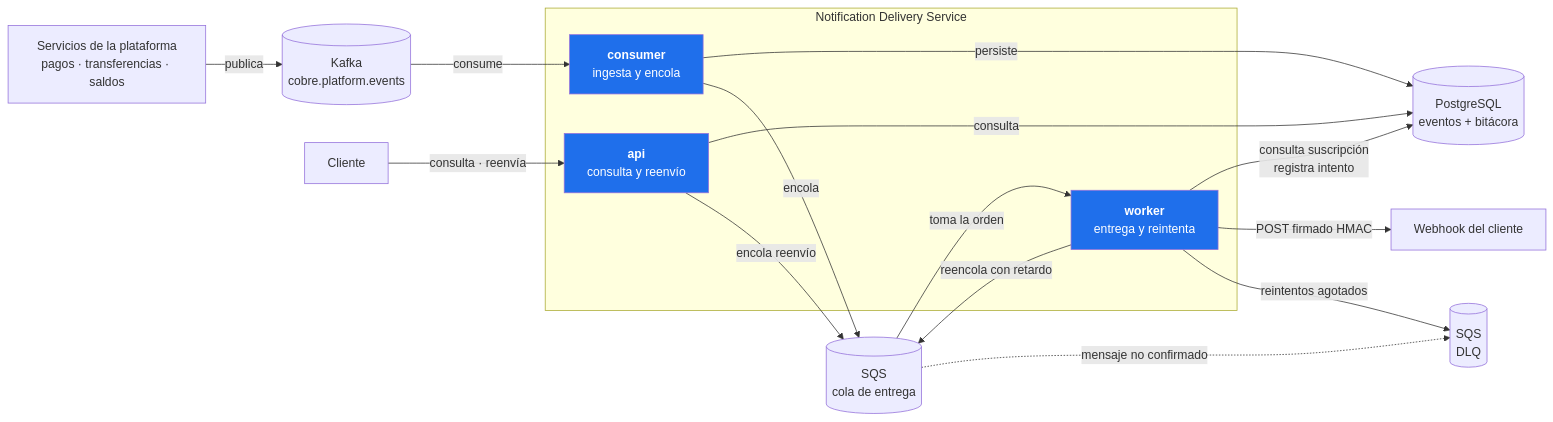
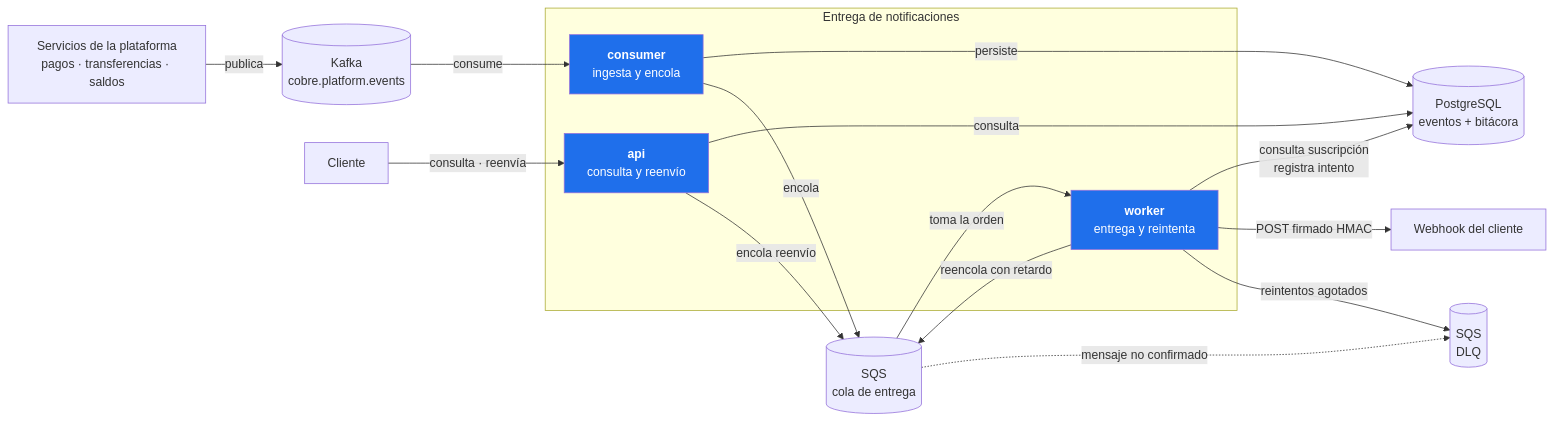
The first of 5 diagrams in README.md (ssalaza7/cobre-notification-delivery), drawn with Mermaid before and after one commit. The commit also changed other lines of this file and 2 other files, not shown here.

Commit message:
docs: renombra el sistema a cobre-notification-delivery
El sufijo -service sobraba en el nombre del sistema: describe una capacidad, no un
proceso. Se conserva en las carpetas de adentro, donde si distingue lo que se despliega
de lo que viaja dentro.

Los cuadros de los diagramas pasan a 'Entrega de notificaciones', en linea con el resto
de la documentacion.

````diff
--- a/README.md
+++ b/README.md
@@ -18,34 +18,34 @@
 ```mermaid
 flowchart LR
     SVC["Servicios de la plataforma<br/>pagos · transferencias · saldos"]
     K[("Kafka<br/>cobre.platform.events")]
     Q[("SQS<br/>cola de entrega")]
     DLQ[("SQS<br/>DLQ")]
     DB[("PostgreSQL<br/>eventos + bitácora")]
     CLI["Webhook del cliente"]
     USR["Cliente"]
 
-    subgraph svc["Notification Delivery Service"]
+    subgraph svc["Entrega de notificaciones"]
         CON["<b>consumer</b><br/>ingesta y encola"]
         W["<b>worker</b><br/>entrega y reintenta"]
         API["<b>api</b><br/>consulta y reenvío"]
     end
 
     SVC -->|publica| K
     K -->|consume| CON
     CON -->|persiste| DB
     CON -->|encola| Q
     Q -->|toma la orden| W
     W -->|consulta suscripción<br/>registra intento| DB
     W -->|POST firmado HMAC| CLI
     W -->|reencola con retardo| Q
     W -->|reintentos agotados| DLQ
     Q -.->|mensaje no confirmado| DLQ
     USR -->|consulta · reenvía| API
     API -->|consulta| DB
     API -->|encola reenvío| Q
 
     style CON fill:#1f6feb,color:#fff
     style W fill:#1f6feb,color:#fff
     style API fill:#1f6feb,color:#fff
 ```
````
